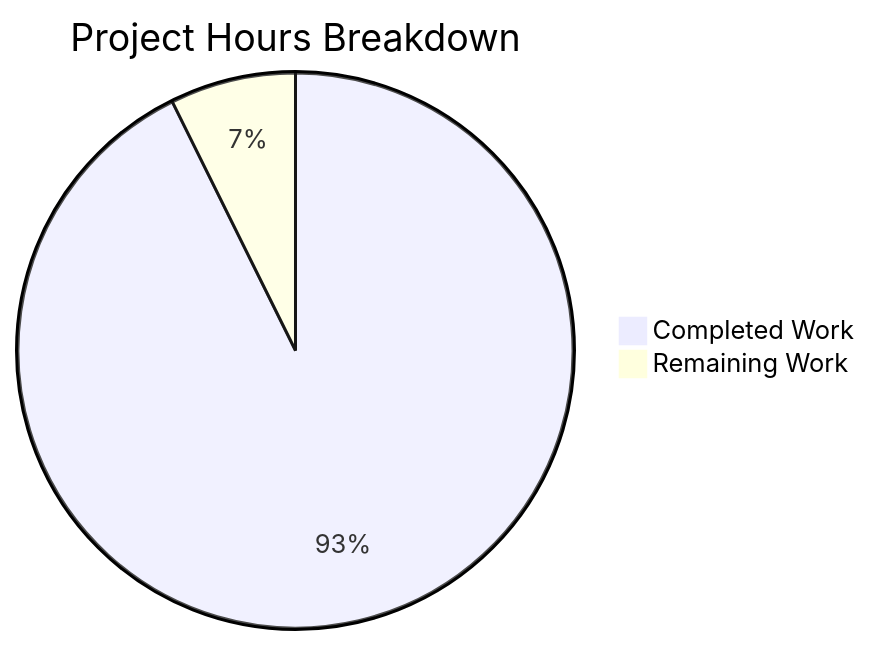
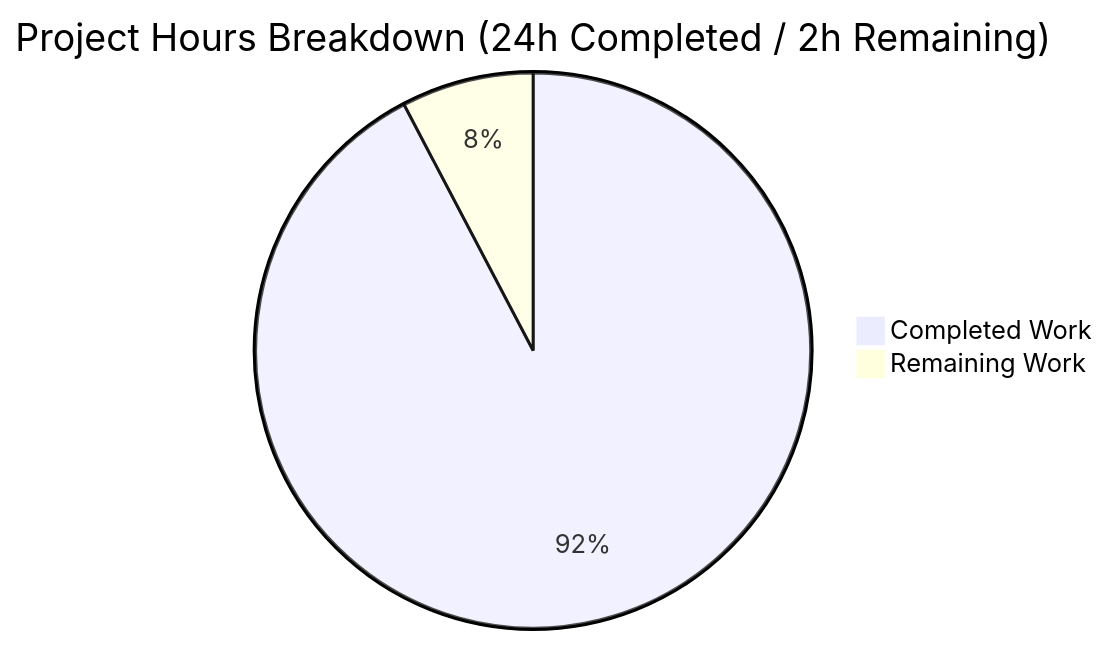
The diagram in blitzy/documentation/Project Guide.md (sudhanshu-spec/test-spec), drawn with Mermaid before and after one commit. The commit also changed other lines of this file, not shown here.

Commit message:
Adding Blitzy Project Guide: Project Status and Human Tasks Remaining

````diff
--- a/blitzy/documentation/Project Guide.md
+++ b/blitzy/documentation/Project Guide.md
@@ -60,5 +64,5 @@
 ```mermaid
-pie title Project Hours Breakdown
-    "Completed Work" : 38
-    "Remaining Work" : 3
+pie title Project Hours Breakdown (24h Completed / 2h Remaining)
+    "Completed Work" : 24
+    "Remaining Work" : 2
 ```
````
